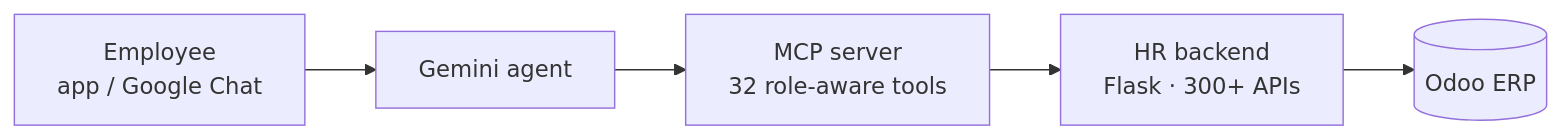
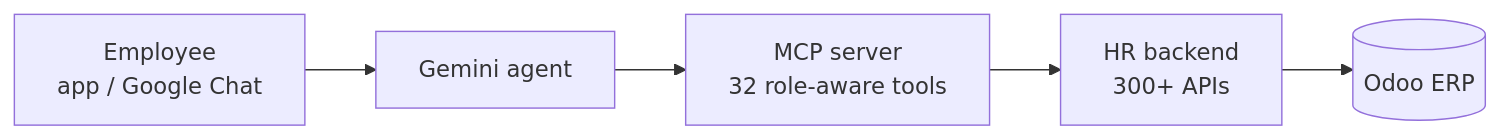
One commit to AnasAshfaq20/AnasAshfaq20 changed the diagram in README.md. Above: the diagram before and after it, drawn with Mermaid. The commit also changed other lines of this file, not shown here.

````diff
--- a/README.md
+++ b/README.md
@@ -12,7 +12,7 @@
 ```mermaid
 flowchart LR
     A[Employee<br/>app / Google Chat] --> B[Gemini agent]
     B --> C[MCP server<br/>32 role-aware tools]
-    C --> D[HR backend<br/>Flask · 300+ APIs]
+    C --> D[HR backend<br/>300+ APIs]
     D --> E[(Odoo ERP)]
 ```
````
